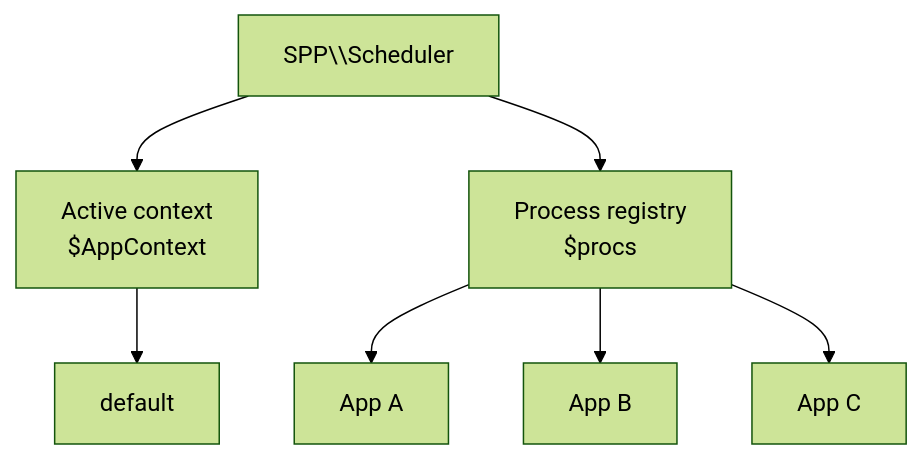
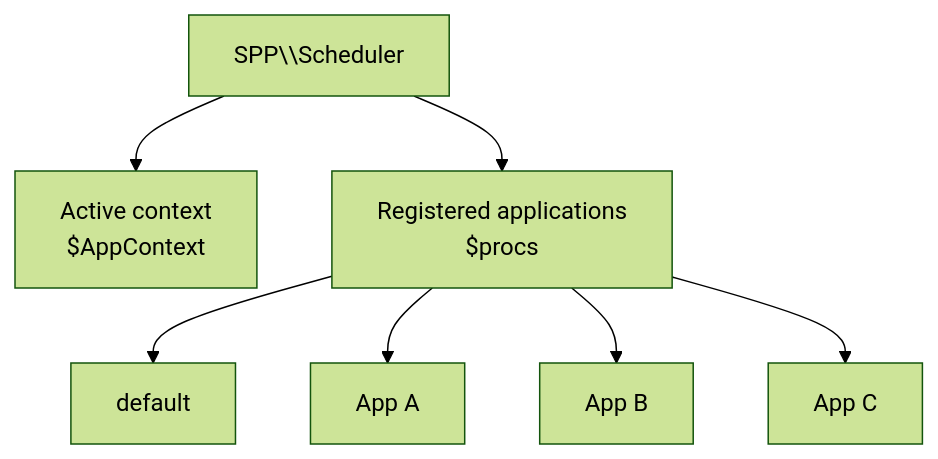
One commit to shuklasp/spp changed the first of 3 diagrams in documentation/handbook/02-kernel-scheduler.md. Above: the diagram before and after it, drawn with Mermaid (forest theme). The commit also changed other lines of this file, not shown here.

Commit message:
Simplify and verify Scheduler diagrams

````diff
--- a/documentation/handbook/02-kernel-scheduler.md
+++ b/documentation/handbook/02-kernel-scheduler.md
@@ -11,16 +13,9 @@
 ```mermaid
 flowchart TB
-    S[SPP\\Scheduler]
-    A[Active context\n$AppContext]
-    P[Process registry\n$procs]
-    D[default]
-    B[App A]
-    C[App B]
-    E[App C]
-    S --> A
-    S --> P
-    A --> D
-    P --> B
-    P --> C
-    P --> E
+    S[SPP\\Scheduler] --> A[Active context\n$AppContext]
+    S --> P[Registered applications\n$procs]
+    P --> D[default]
+    P --> B[App A]
+    P --> C[App B]
+    P --> E[App C]
 ```
````
